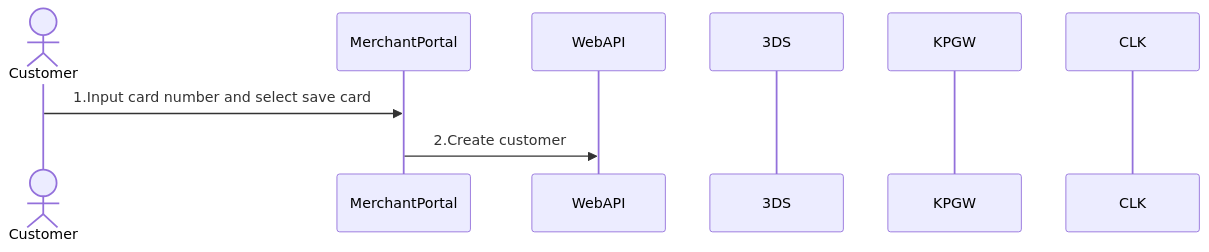
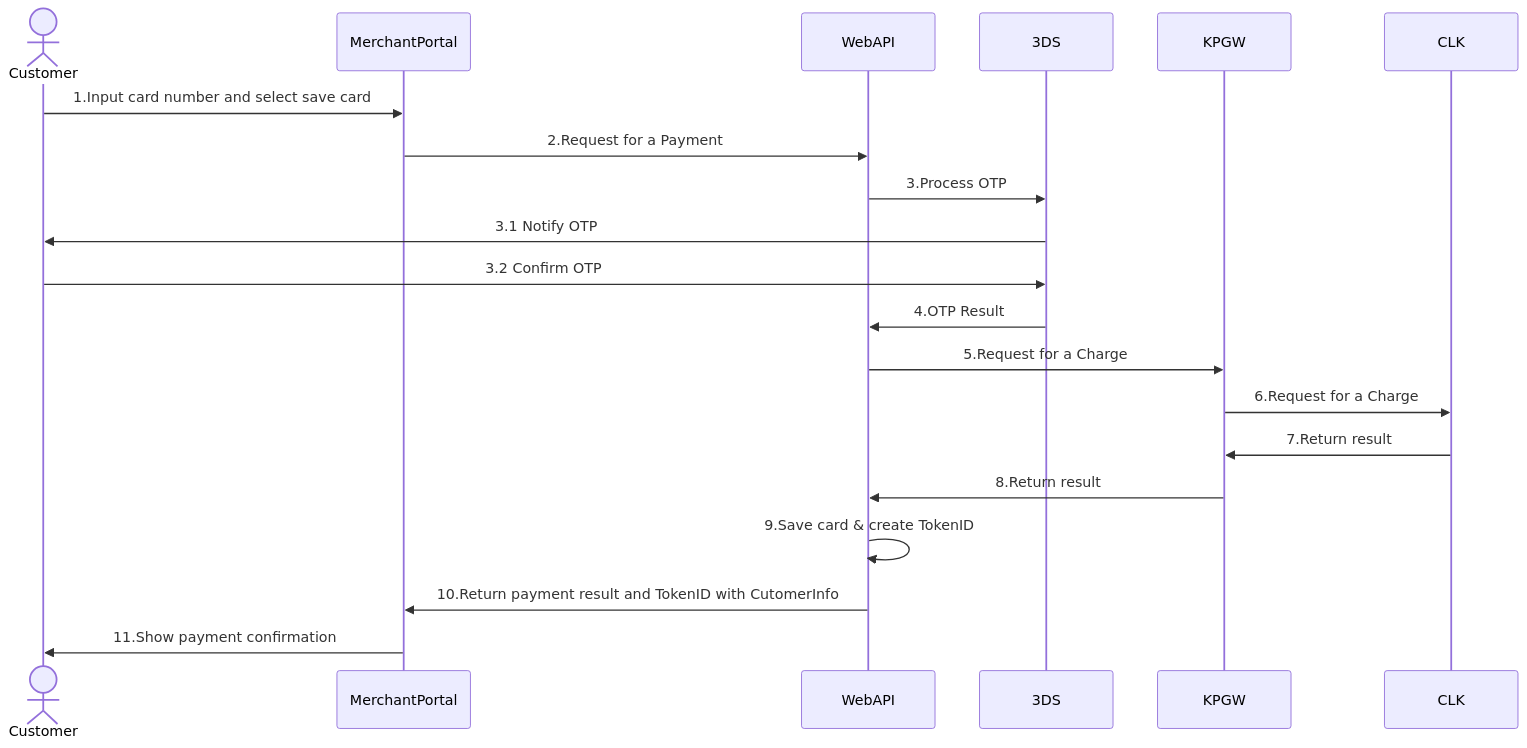
Before and after one commit to yuusuke25/MyNotes: the diagram in Cybs-Ph2-Flow1.md, drawn with Mermaid.

````diff
--- a/Cybs-Ph2-Flow1.md
+++ b/Cybs-Ph2-Flow1.md
@@ -2,12 +2,23 @@
 ```mermaid
     sequenceDiagram
         Actor Customer
         participant MerchantPortal
         participant WebAPI
         participant 3DS
         participant KPGW
         participant CLK
         Customer->>MerchantPortal: 1.Input card number and select save card
-        MerchantPortal->>WebAPI: 2.Create customer 
+        MerchantPortal->>WebAPI: 2.Request for a Payment
+        WebAPI->>3DS: 3.Process OTP
+        3DS->>Customer: 3.1 Notify OTP
+        Customer->>3DS: 3.2 Confirm OTP
+        3DS->>WebAPI: 4.OTP Result
+        WebAPI->>KPGW: 5.Request for a Charge
+        KPGW->>CLK: 6.Request for a Charge
+        CLK->>KPGW: 7.Return result
+        KPGW->>WebAPI: 8.Return result
+        WebAPI->>WebAPI: 9.Save card & create TokenID
+        WebAPI->>MerchantPortal: 10.Return payment result and TokenID with CutomerInfo
+        MerchantPortal->>Customer: 11.Show payment confirmation
         
 ```
````
